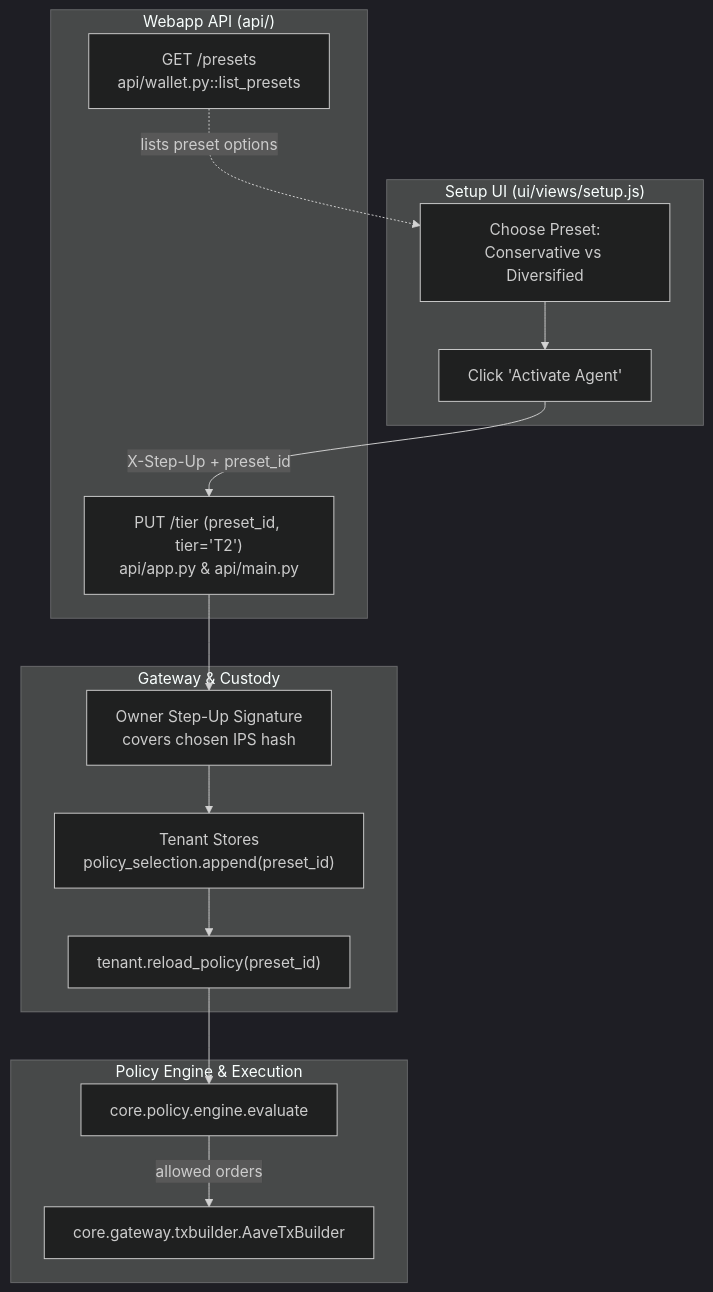
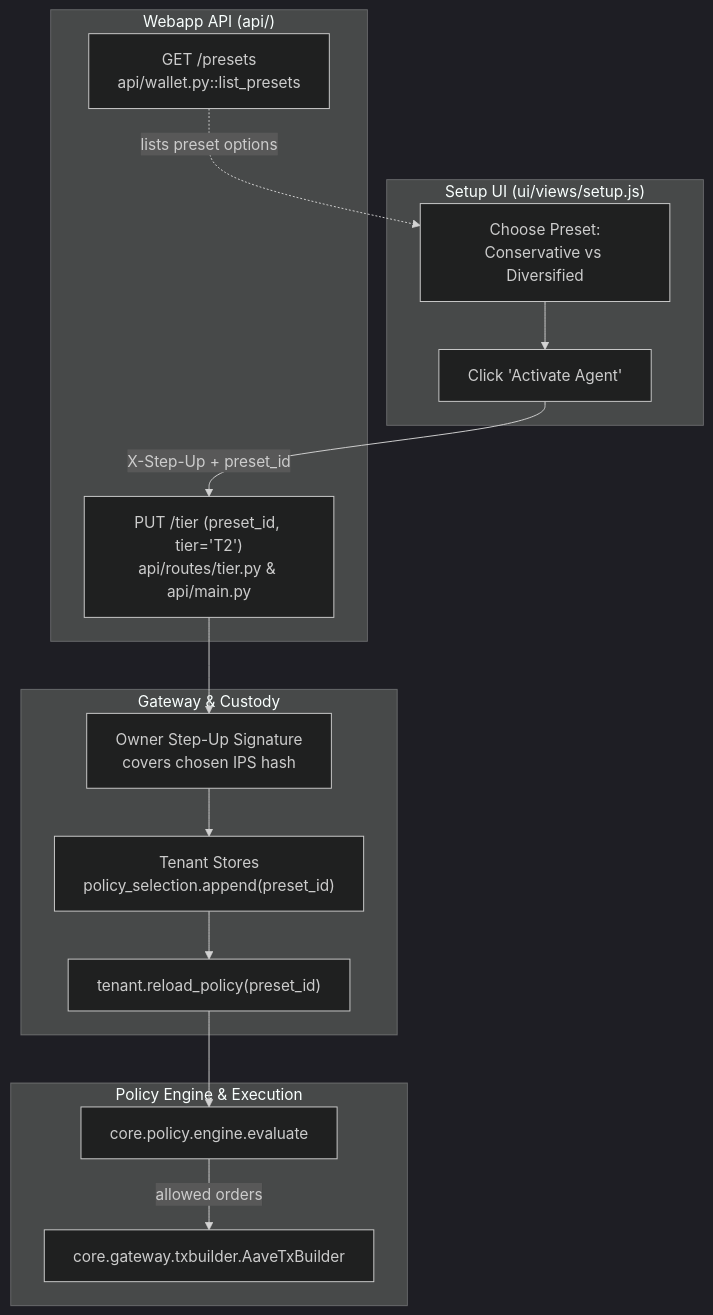
One commit to thaicuong576/agent-wallet changed the first of 2 diagrams in docs/architecture/core/presets.md. Above: the diagram before and after it, drawn with Mermaid (dark theme). The commit also changed other lines of this file and 10 other files, not shown here.

Commit message:
docs: point architecture notes at the split api, planner, storage and ui modules (#183)

````diff
--- a/docs/architecture/core/presets.md
+++ b/docs/architecture/core/presets.md
@@ -15,32 +15,32 @@
 ```mermaid
 flowchart TD
     subgraph UI["Setup UI (ui/views/setup.js)"]
         OPT["Choose Preset:<br/>Conservative vs Diversified"]
         ACT["Click 'Activate Agent'"]
     end
 
     subgraph API["Webapp API (api/)"]
         LP["GET /presets<br/>api/wallet.py::list_presets"]
-        ST["PUT /tier (preset_id, tier='T2')<br/>api/app.py & api/main.py"]
+        ST["PUT /tier (preset_id, tier='T2')<br/>api/routes/tier.py & api/main.py"]
     end
 
     subgraph GATEWAY["Gateway & Custody"]
         SIGN["Owner Step-Up Signature<br/>covers chosen IPS hash"]
         STORE["Tenant Stores<br/>policy_selection.append(preset_id)"]
         TENANT["tenant.reload_policy(preset_id)"]
     end
 
     subgraph ENGINE["Policy Engine & Execution"]
         PE["core.policy.engine.evaluate"]
         TX["core.gateway.txbuilder.AaveTxBuilder"]
     end
 
     LP -.->|lists preset options| OPT
     OPT --> ACT
     ACT -->|X-Step-Up + preset_id| ST
     ST --> SIGN
     SIGN --> STORE
     STORE --> TENANT
     TENANT --> PE
     PE -->|allowed orders| TX
 ```
````
